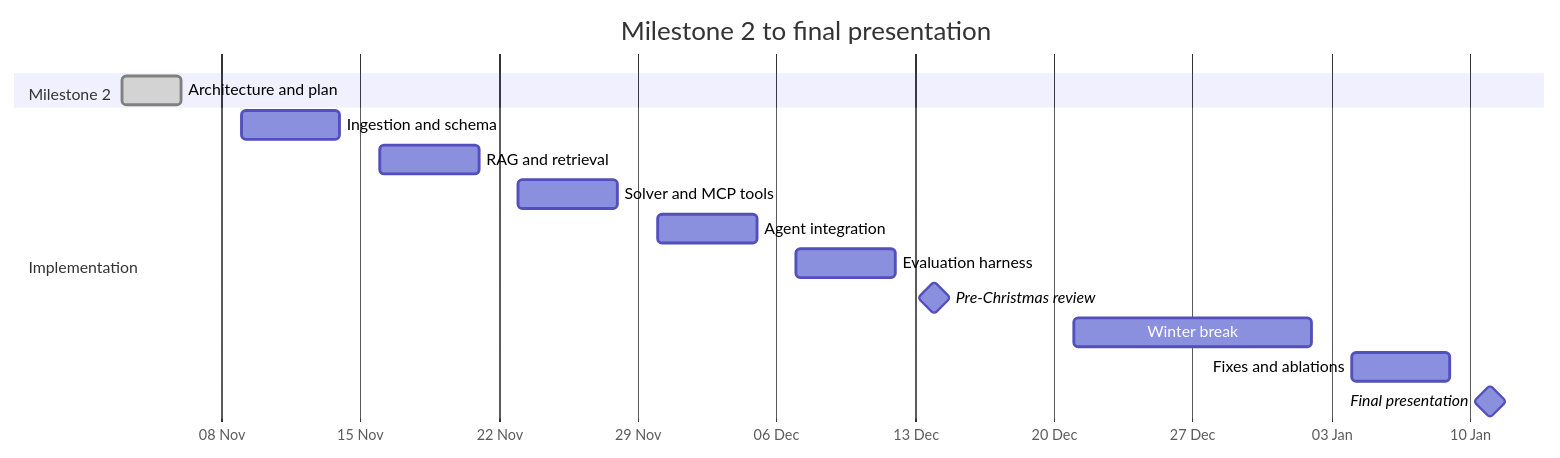
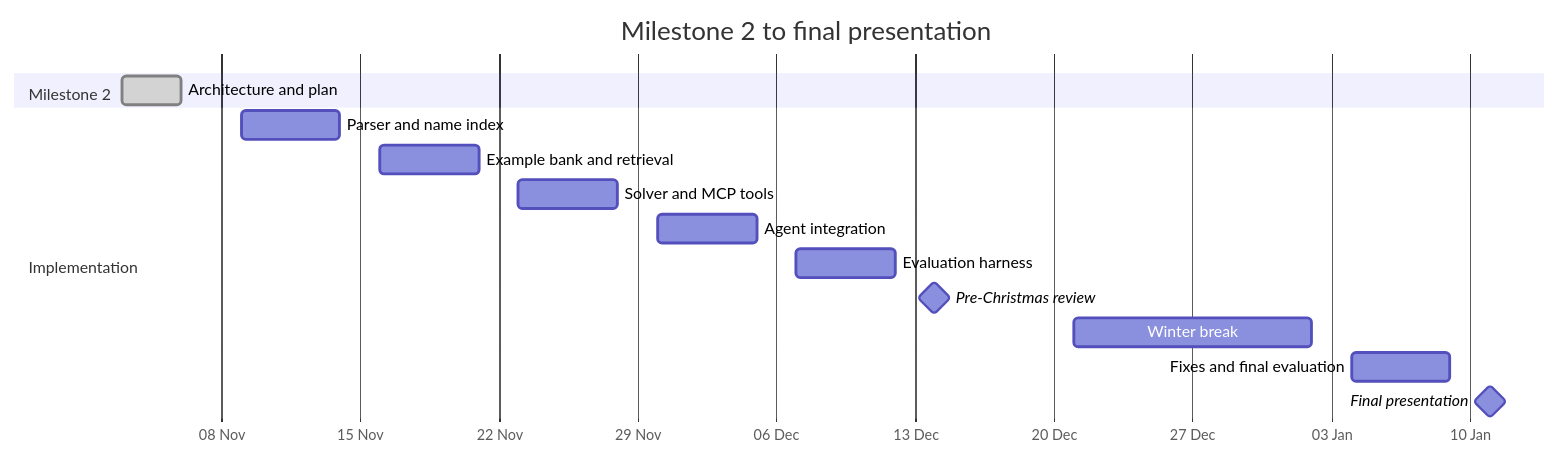
The fifth of 5 diagrams in docs/MILESTONE2.md (xze3n/StudentTimetableOrganizer), drawn with Mermaid before and after one commit. The commit also changed other lines of this file, not shown here.

````diff
--- a/docs/MILESTONE2.md
+++ b/docs/MILESTONE2.md
@@ -512,18 +608,18 @@
 ```mermaid
 gantt
     title Milestone 2 to final presentation
     dateFormat YYYY-MM-DD
     axisFormat %d %b
     section Milestone 2
     Architecture and plan       :done, m2, 2026-11-03, 2026-11-06
     section Implementation
-    Ingestion and schema        :w7, 2026-11-09, 5d
-    RAG and retrieval           :w8, 2026-11-16, 5d
+    Parser and name index       :w7, 2026-11-09, 5d
+    Example bank and retrieval  :w8, 2026-11-16, 5d
     Solver and MCP tools        :w9, 2026-11-23, 5d
     Agent integration           :w10, 2026-11-30, 5d
     Evaluation harness          :w11, 2026-12-07, 5d
     Pre-Christmas review        :milestone, w12, 2026-12-14, 0d
     Winter break                :wbreak, 2026-12-21, 12d
-    Fixes and ablations         :w13, 2027-01-04, 5d
+    Fixes and final evaluation  :w13, 2027-01-04, 5d
     Final presentation          :milestone, w14, 2027-01-11, 0d
 ```
````
